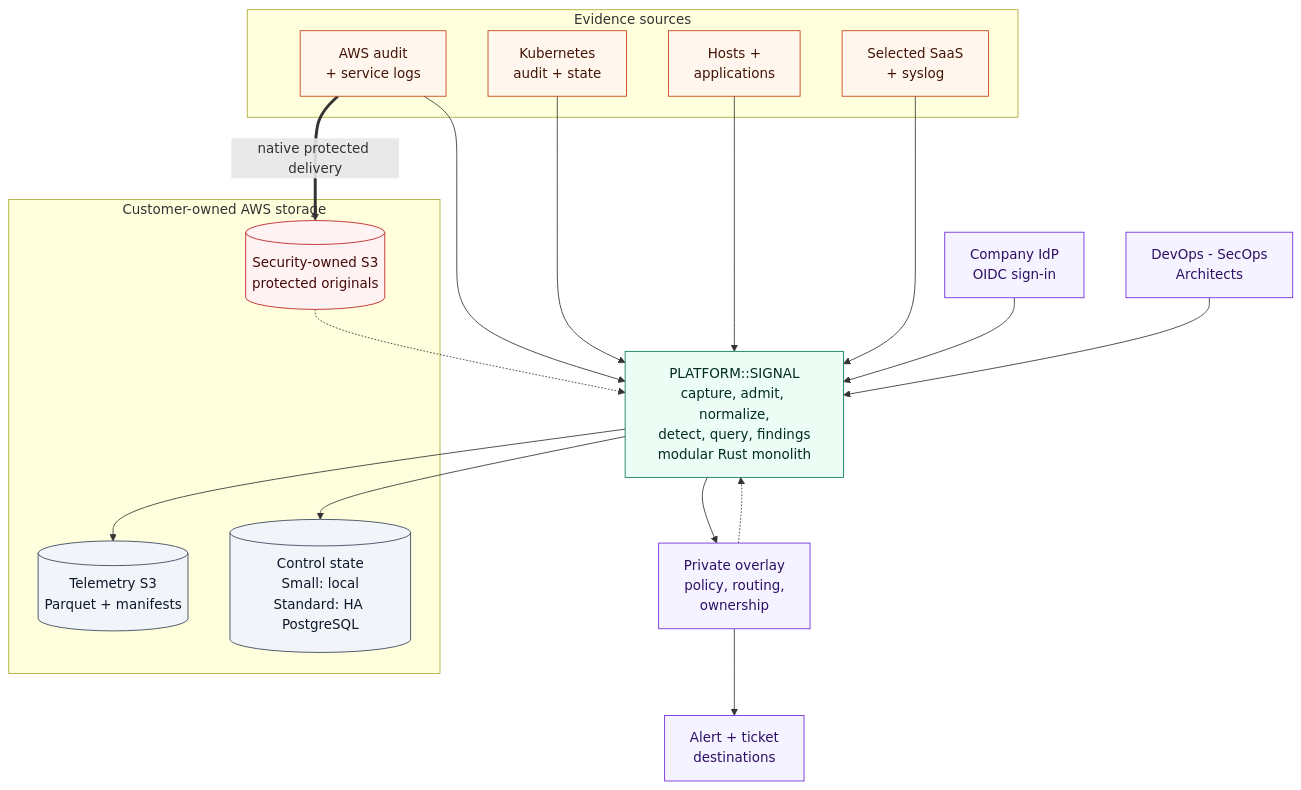
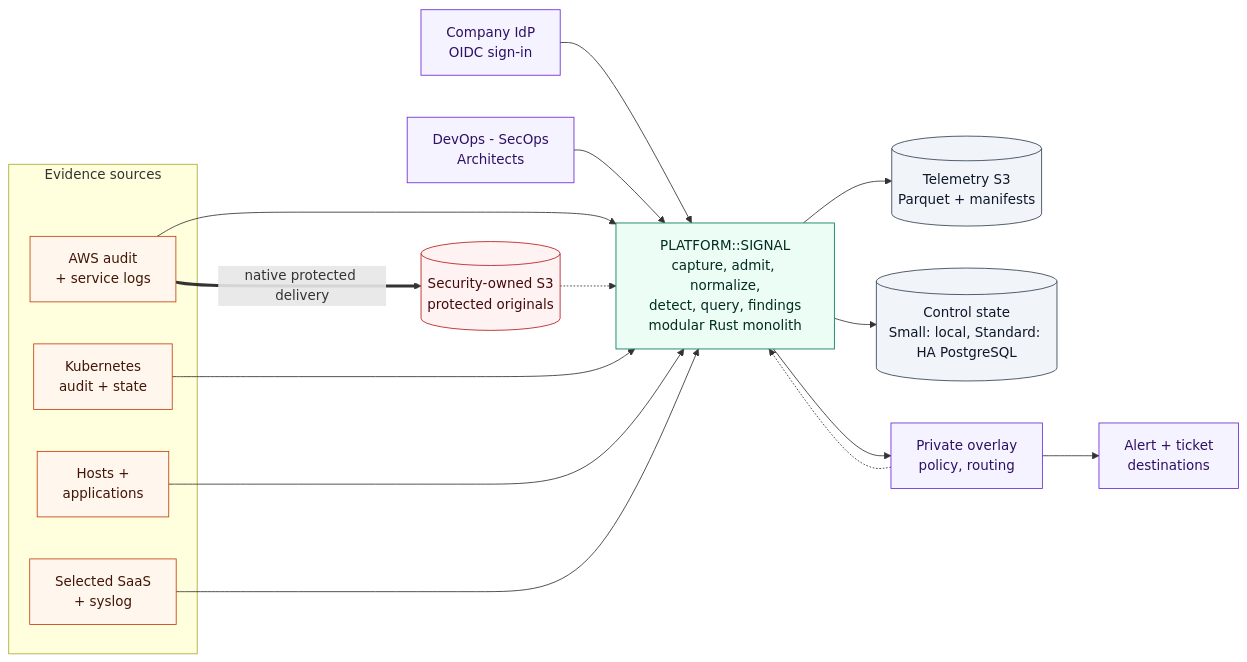
One commit to mischapogr/platform-signal changed the diagram in docs/diagrams/01-system-context.mmd. Above: the diagram before and after it, drawn with Mermaid. The commit also changed 15 other files, not shown here.

First line of the commit message:
fix(docs): make dense diagrams legible and derive deck footer date

```diff
--- a/docs/diagrams/01-system-context.mmd
+++ b/docs/diagrams/01-system-context.mmd
@@ -1,42 +1,40 @@
 %% PLATFORM::SIGNAL system context. Target view; see docs/27-product-architecture.md.
 %% Thick arrow = native protected delivery that bypasses observability; dashed = reference, policy or review.
-flowchart TB
+flowchart LR
     subgraph SOURCES["Evidence sources"]
         AWS["AWS audit<br/>+ service logs"]
         K8S["Kubernetes<br/>audit + state"]
         HOSTS["Hosts +<br/>applications"]
         SAAS["Selected SaaS<br/>+ syslog"]
     end
     SIGNAL["PLATFORM::SIGNAL<br/>capture, admit, normalize,<br/>detect, query, findings<br/>modular Rust monolith"]
     IDP["Company IdP<br/>OIDC sign-in"]
     TEAM["DevOps - SecOps<br/>Architects"]
-    subgraph STATE["Customer-owned AWS storage"]
-        TELE[("Telemetry S3<br/>Parquet + manifests")]
-        CTRL[("Control state<br/>Small: local<br/>Standard: HA PostgreSQL")]
-        ORIG[("Security-owned S3<br/>protected originals")]
-    end
-    OVERLAY["Private overlay<br/>policy, routing,<br/>ownership"]
+    TELE[("Telemetry S3<br/>Parquet + manifests")]
+    CTRL[("Control state<br/>Small: local, Standard: HA PostgreSQL")]
+    ORIG[("Security-owned S3<br/>protected originals")]
+    OVERLAY["Private overlay<br/>policy, routing"]
     DEST["Alert + ticket<br/>destinations"]
     AWS --> SIGNAL
     K8S --> SIGNAL
     HOSTS --> SIGNAL
     SAAS --> SIGNAL
     IDP --> SIGNAL
     TEAM --> SIGNAL
     SIGNAL --> TELE
     SIGNAL --> CTRL
     AWS ==>|"native protected delivery"| ORIG
     ORIG -.-> SIGNAL
     SIGNAL --> OVERLAY --> DEST
     OVERLAY -.-> SIGNAL
     classDef source fill:#fff7ed,stroke:#c2410c,color:#431407
     classDef collector fill:#eff6ff,stroke:#1d4ed8,color:#172554
     classDef core fill:#ecfdf5,stroke:#047857,color:#022c22
     classDef evidence fill:#fef2f2,stroke:#b91c1c,color:#450a0a
     classDef people fill:#f5f3ff,stroke:#6d28d9,color:#2e1065
     classDef store fill:#f1f5f9,stroke:#334155,color:#0f172a
     class AWS,K8S,HOSTS,SAAS source
     class SIGNAL core
     class TELE,CTRL store
     class ORIG evidence
     class TEAM,IDP,OVERLAY,DEST people
```
